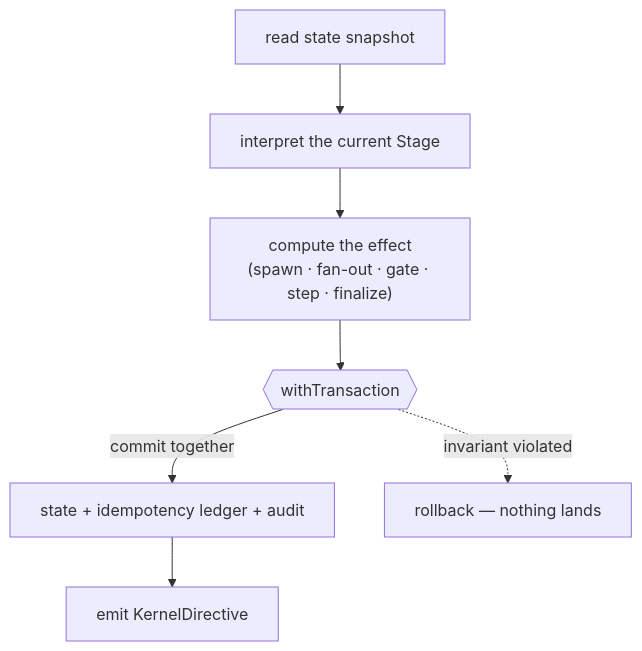
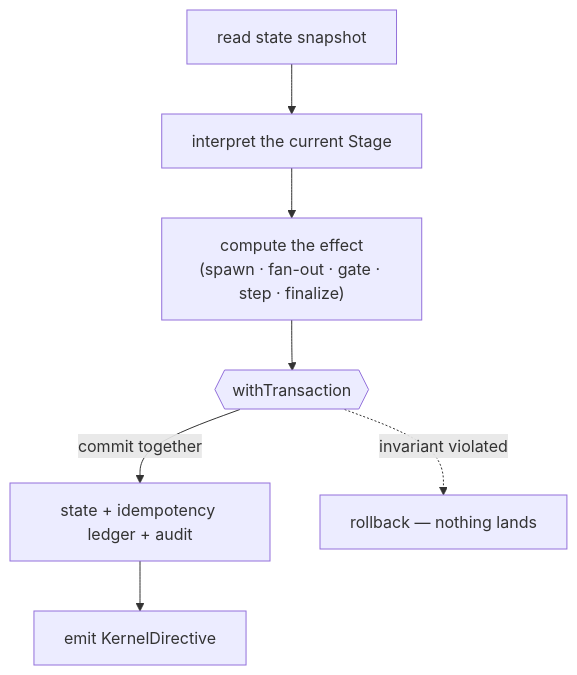
The fourth of 4 diagrams in WHITEPAPER.md (teaarte/loom), drawn with Mermaid before and after one commit. The commit also changed other lines of this file, not shown here.

First line of the commit message:
fix(whitepaper): correct Mermaid syntax in the diagrams

````diff
--- a/WHITEPAPER.md
+++ b/WHITEPAPER.md
@@ -135,9 +135,9 @@
 ```mermaid
 flowchart TB
     R["read state snapshot"] --> I["interpret the current Stage"]
     I --> E["compute the effect<br/>(spawn · fan-out · gate · step · finalize)"]
     E --> TX{{"withTransaction"}}
-    TX -->|commit together| W["state&nbsp;+&nbsp;idempotency&nbsp;ledger&nbsp;+&nbsp;audit"]
+    TX -->|commit together| W["state + idempotency ledger + audit"]
     W --> D["emit KernelDirective"]
     TX -.->|invariant violated| RB["rollback — nothing lands"]
 ```
````
